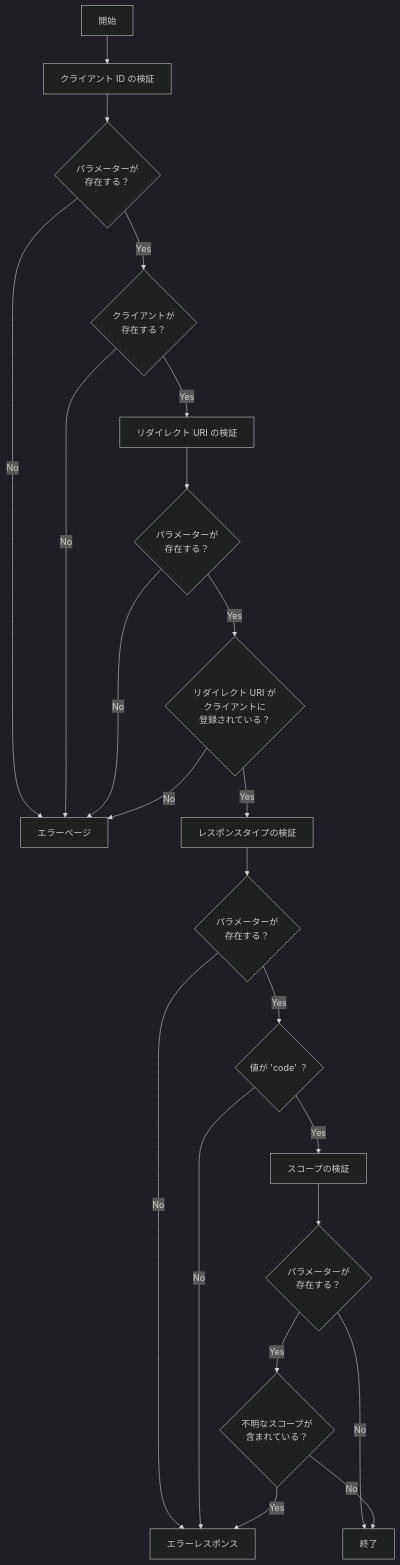
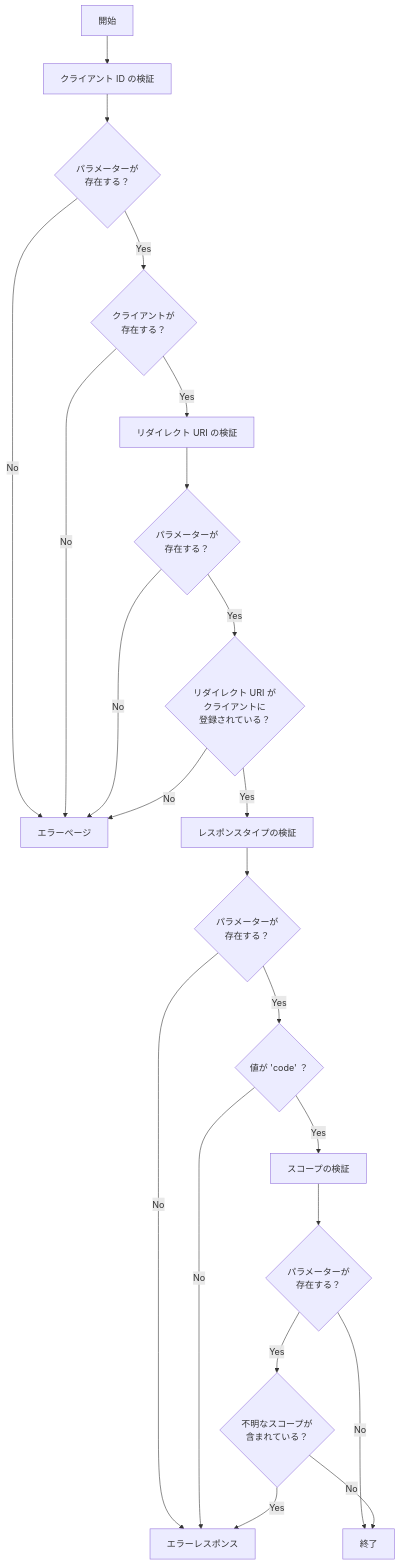
The second of 2 diagrams in docs/1_認可エンドポイント.md (ssaito-git/sample-oauth2-az), drawn with Mermaid before and after one commit. The commit also changed other lines of this file, not shown here.

````diff
--- a/docs/1_認可エンドポイント.md
+++ b/docs/1_認可エンドポイント.md
@@ -50,50 +52,49 @@
 ```mermaid
-%%{init{"theme":"dark"}}%%
 flowchart TB
     Start[開始]
     End[終了]
 
     error_page[エラーぺージ]
     error_response[エラーレスポンス]
 
     verify_client_id[クライアント ID の検証]
     exists_client_id{パラメーターが<br>存在する？}
     exists_client{クライアントが<br>存在する？}
 
     verify_redirect_uri[リダイレクト URI の検証]
     exists_redirect_uri{パラメーターが<br>存在する？}
     redirect_uri_registered{リダイレクト URI が<br>クライアントに<br>登録されている？}
 
     verify_response_type[レスポンスタイプの検証]
     exists_response_type{パラメーターが<br>存在する？}
     response_type_is_code{値が 'code' ？}
 
     verify_scope[スコープの検証]
     exists_scope{パラメーターが<br>存在する？}
     unknown_scope_included{不明なスコープが<br>含まれている？}
 
     Start --> verify_client_id
     verify_client_id --> exists_client_id
     exists_client_id -->|No| error_page
     exists_client_id -->|Yes| exists_client
     exists_client -->|No| error_page
     exists_client -->|Yes| verify_redirect_uri
 
     verify_redirect_uri --> exists_redirect_uri
     exists_redirect_uri -->|No| error_page
     exists_redirect_uri -->|Yes| redirect_uri_registered
     redirect_uri_registered -->|No| error_page
     redirect_uri_registered -->|Yes| verify_response_type
 
     verify_response_type --> exists_response_type
     exists_response_type -->|No| error_response
     exists_response_type -->|Yes| response_type_is_code
     response_type_is_code -->|No| error_response
     response_type_is_code -->|Yes| verify_scope
 
     verify_scope --> exists_scope
     exists_scope -->|No| End
     exists_scope -->|Yes| unknown_scope_included
     unknown_scope_included -->|No| End
     unknown_scope_included -->|Yes| error_response
 ```
````
